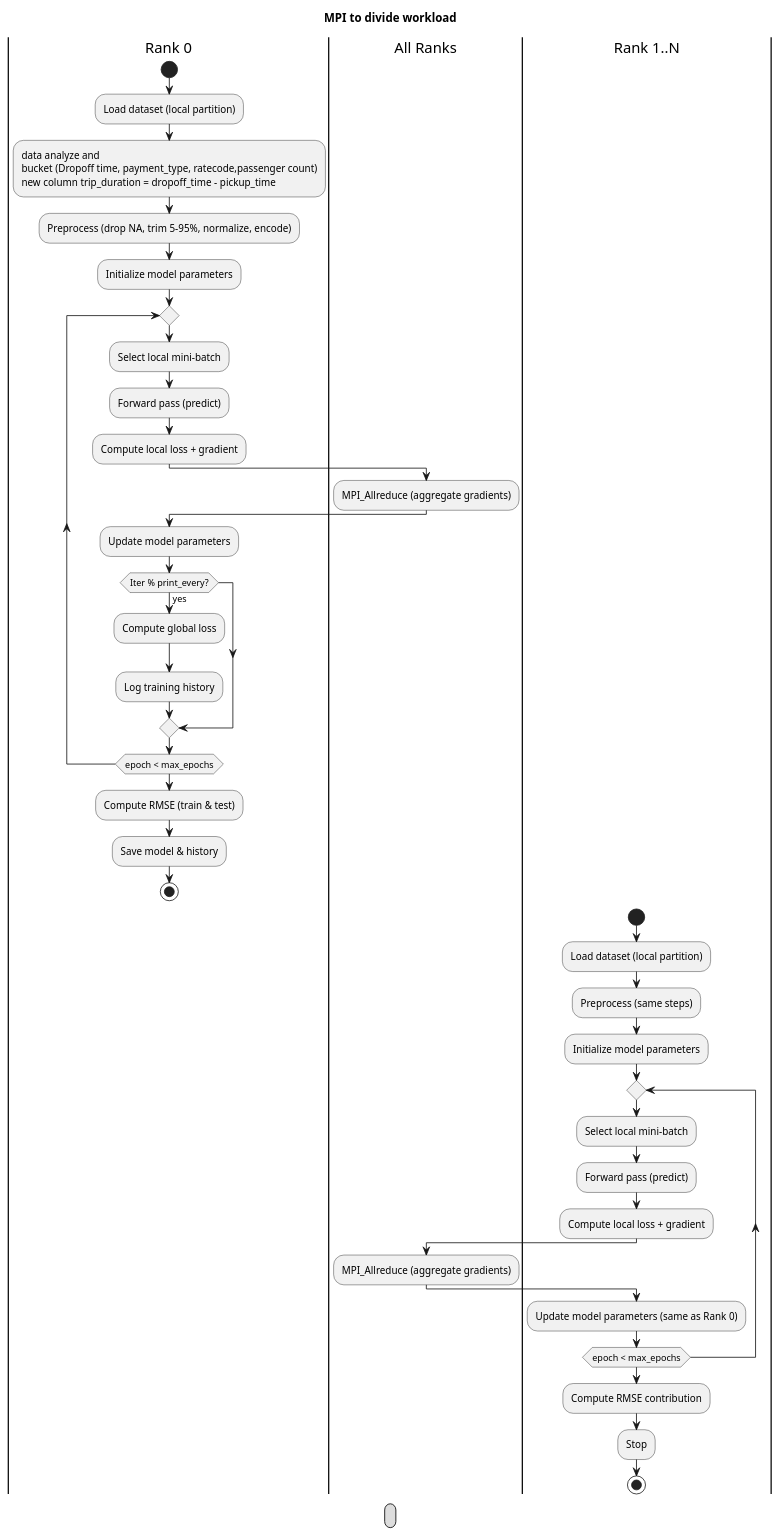
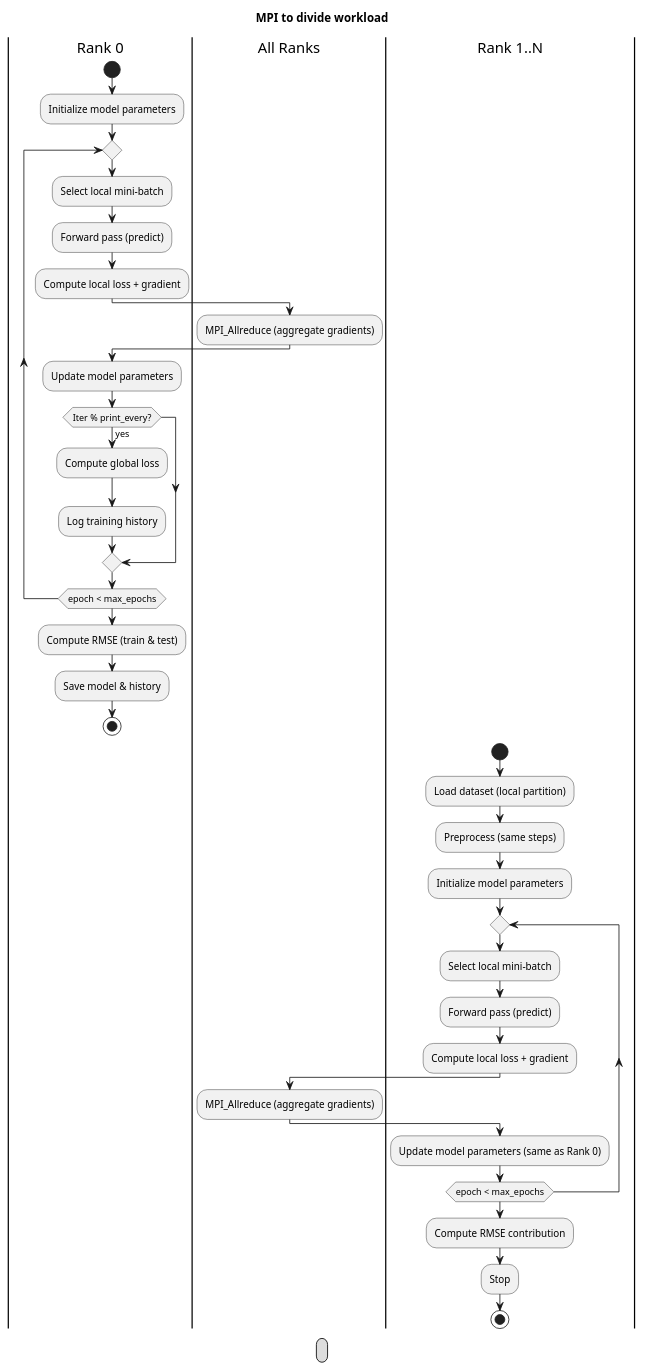
One commit to xuanntm/DSA5208_Project1 changed the diagram in sgd_application.puml. Above: the diagram before and after it, drawn with PlantUML. The commit also changed 10 other files, not shown here.

```diff
--- a/sgd_application.puml
+++ b/sgd_application.puml
@@ -1,51 +1,47 @@
 @startuml
 
 title  MPI to divide workload 
 
 |Rank 0|
 start
-:Load dataset (local partition);
-:data analyze and 
-bucket (Dropoff time, payment_type, ratecode,passenger count)
-new column trip_duration = dropoff_time - pickup_time;
-:Preprocess (drop NA, trim 5-95%, normalize, encode);
+
 :Initialize model parameters;
 repeat
   :Select local mini-batch;
   :Forward pass (predict);
   :Compute local loss + gradient;
   |All Ranks|
   :MPI_Allreduce (aggregate gradients);
   |Rank 0|
   :Update model parameters;
   if (Iter % print_every?) then (yes)
     :Compute global loss;
     :Log training history;
   endif
 repeat while (epoch < max_epochs)
 :Compute RMSE (train & test);
 :Save model & history;
 stop
 
 |Rank 1..N|
 start
 :Load dataset (local partition);
 :Preprocess (same steps);
 :Initialize model parameters;
 repeat
   :Select local mini-batch;
   :Forward pass (predict);
   :Compute local loss + gradient;
   |All Ranks|
   :MPI_Allreduce (aggregate gradients);
   |Rank 1..N|
   :Update model parameters (same as Rank 0);
 repeat while (epoch < max_epochs)
 :Compute RMSE contribution;
 :Stop;
 stop
 
 legend
  
 end legend 
 @enduml
```
